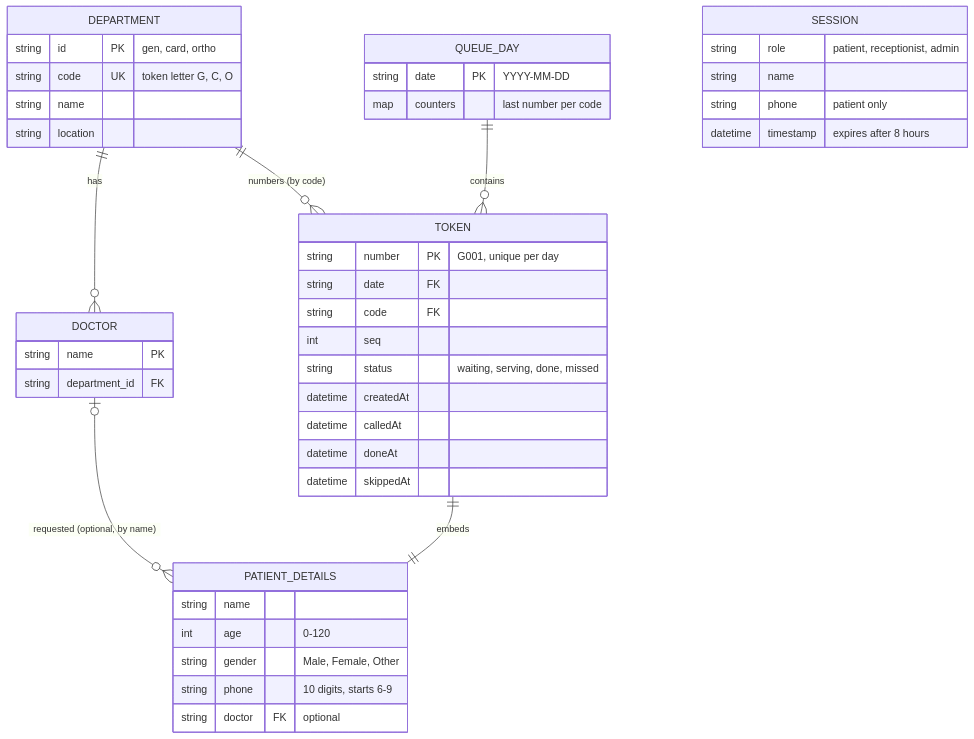
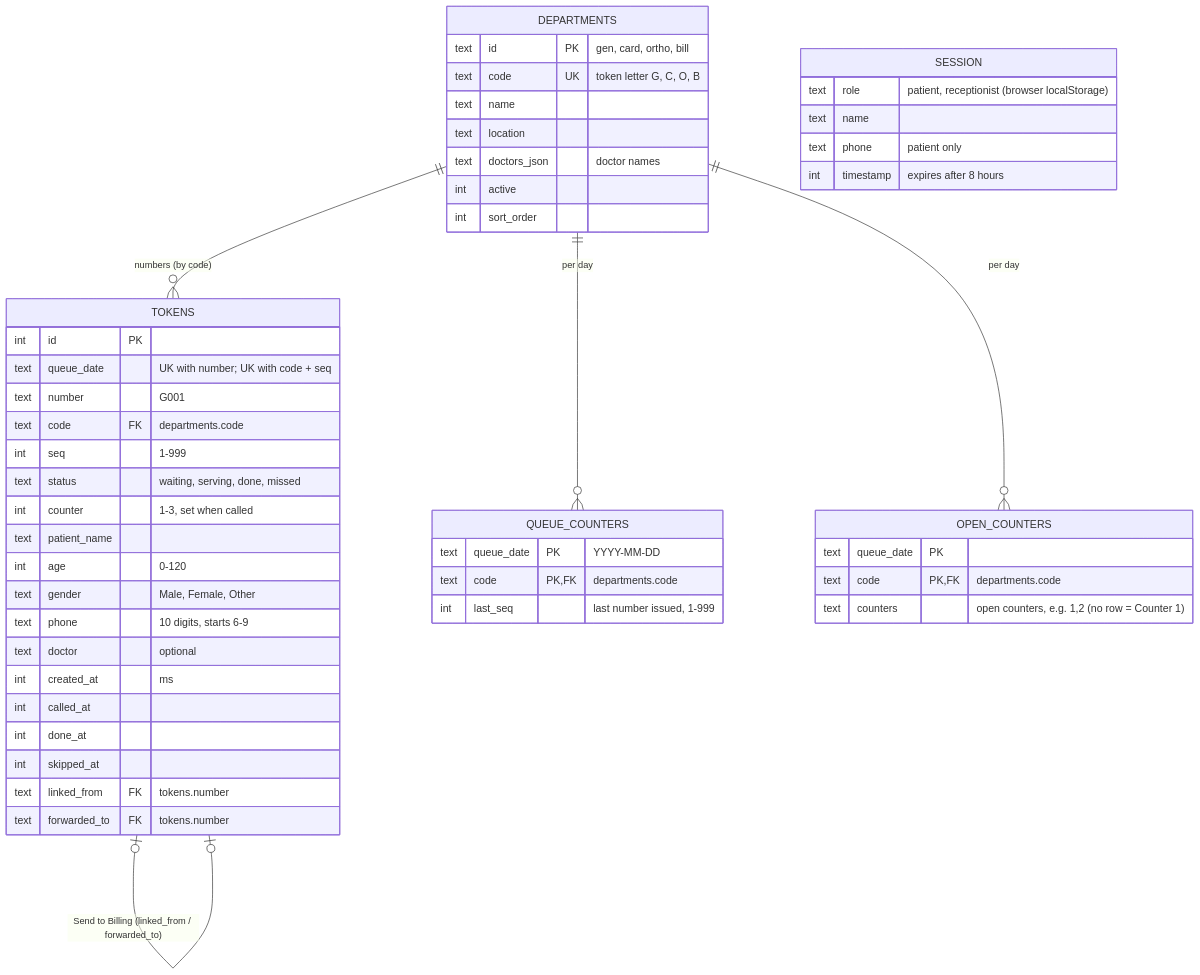
Before and after one commit to AshikAR-sys/CareQueue: the second of 2 diagrams in docs/architecture/README.md, drawn with Mermaid. The commit also changed other lines of this file and 7 other files, not shown here.

First line of the commit message:
Redraw the architecture diagram and ERD for Flask + SQLite

````diff
--- a/docs/architecture/README.md
+++ b/docs/architecture/README.md
@@ -83,47 +93,53 @@
 ```mermaid
 erDiagram
-  DEPARTMENT ||--o{ DOCTOR : has
-  DEPARTMENT ||--o{ TOKEN : "numbers (by code)"
-  QUEUE_DAY ||--o{ TOKEN : contains
-  TOKEN ||--|| PATIENT_DETAILS : embeds
-  DOCTOR |o--o{ PATIENT_DETAILS : "requested (optional, by name)"
+  DEPARTMENTS ||--o{ TOKENS : "numbers (by code)"
+  DEPARTMENTS ||--o{ QUEUE_COUNTERS : "per day"
+  DEPARTMENTS ||--o{ OPEN_COUNTERS : "per day"
+  TOKENS |o--o| TOKENS : "Send to Billing (linked_from / forwarded_to)"
 
-  DEPARTMENT {
-    string id PK "gen, card, ortho"
-    string code UK "token letter G, C, O"
-    string name
-    string location
+  DEPARTMENTS {
+    text id PK "gen, card, ortho, bill"
+    text code UK "token letter G, C, O, B"
+    text name
+    text location
+    text doctors_json "doctor names"
+    int active
+    int sort_order
   }
-  DOCTOR {
-    string name PK
-    string department_id FK
+  QUEUE_COUNTERS {
+    text queue_date PK "YYYY-MM-DD"
+    text code PK,FK "departments.code"
+    int last_seq "last number issued, 1-999"
   }
-  QUEUE_DAY {
-    string date PK "YYYY-MM-DD"
-    map counters "last number per code"
+  OPEN_COUNTERS {
+    text queue_date PK
+    text code PK,FK "departments.code"
+    text counters "open counters, e.g. 1,2 (no row = Counter 1)"
   }
-  TOKEN {
-    string number PK "G001, unique per day"
-    string date FK
-    string code FK
-    int seq
-    string status "waiting, serving, done, missed"
-    datetime createdAt
-    datetime calledAt
-    datetime doneAt
-    datetime skippedAt
-  }
-  PATIENT_DETAILS {
-    string name
+  TOKENS {
+    int id PK
+    text queue_date "UK with number; UK with code + seq"
+    text number "G001"
+    text code FK "departments.code"
+    int seq "1-999"
+    text status "waiting, serving, done, missed"
+    int counter "1-3, set when called"
+    text patient_name
     int age "0-120"
-    string gender "Male, Female, Other"
-    string phone "10 digits, starts 6-9"
-    string doctor FK "optional"
+    text gender "Male, Female, Other"
+    text phone "10 digits, starts 6-9"
+    text doctor "optional"
+    int created_at "ms"
+    int called_at
+    int done_at
+    int skipped_at
+    text linked_from FK "tokens.number"
+    text forwarded_to FK "tokens.number"
   }
   SESSION {
-    string role "patient, receptionist, admin"
-    string name
-    string phone "patient only"
-    datetime timestamp "expires after 8 hours"
+    text role "patient, receptionist (browser localStorage)"
+    text name
+    text phone "patient only"
+    int timestamp "expires after 8 hours"
   }
 ```
````
